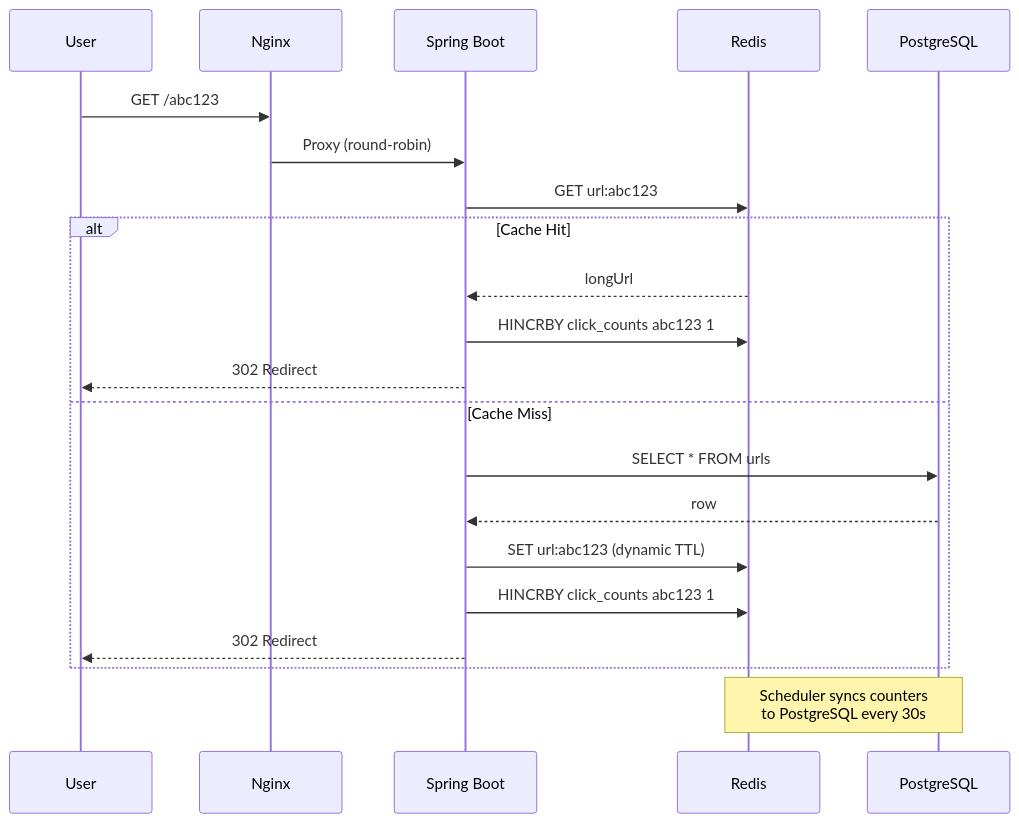
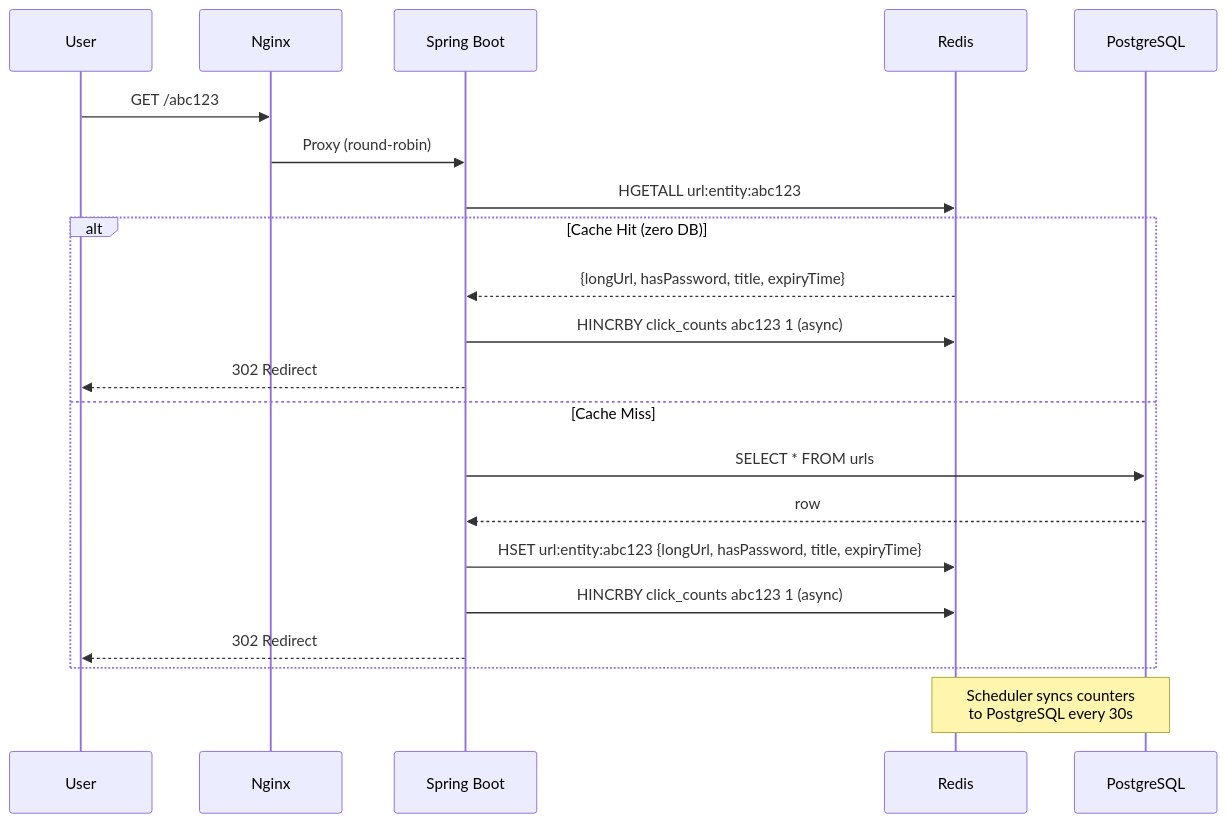
One commit to madhavthesiya/shunyalink changed the second of 2 diagrams in README.md. Above: the diagram before and after it, drawn with Mermaid. The commit also changed other lines of this file and 7 other files, not shown here.

````diff
--- a/README.md
+++ b/README.md
@@ -54,26 +54,26 @@
 ```mermaid
 sequenceDiagram
     participant U as User
     participant N as Nginx
     participant SB as Spring Boot
     participant R as Redis
     participant PG as PostgreSQL
 
     U->>N: GET /abc123
     N->>SB: Proxy (round-robin)
-    SB->>R: GET url:abc123
+    SB->>R: HGETALL url:entity:abc123
 
-    alt Cache Hit
-        R-->>SB: longUrl
-        SB->>R: HINCRBY click_counts abc123 1
+    alt Cache Hit (zero DB)
+        R-->>SB: {longUrl, hasPassword, title, expiryTime}
+        SB->>R: HINCRBY click_counts abc123 1 (async)
         SB-->>U: 302 Redirect
     else Cache Miss
         SB->>PG: SELECT * FROM urls
         PG-->>SB: row
-        SB->>R: SET url:abc123 (dynamic TTL)
-        SB->>R: HINCRBY click_counts abc123 1
+        SB->>R: HSET url:entity:abc123 {longUrl, hasPassword, title, expiryTime}
+        SB->>R: HINCRBY click_counts abc123 1 (async)
         SB-->>U: 302 Redirect
     end
 
     Note over R,PG: Scheduler syncs counters<br/>to PostgreSQL every 30s
 ```
````
